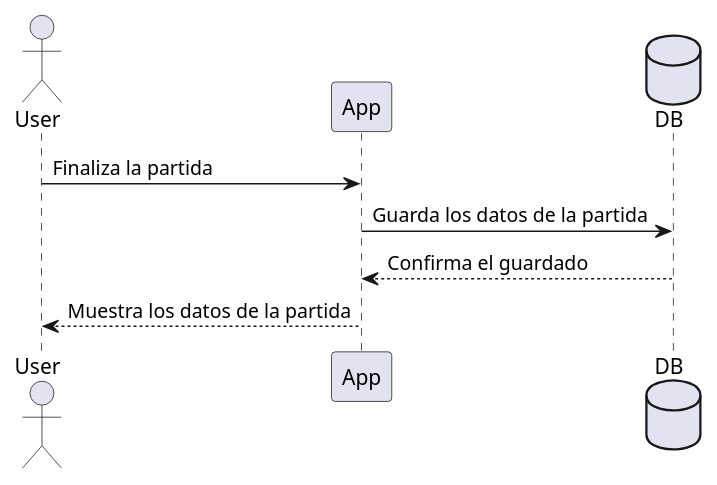
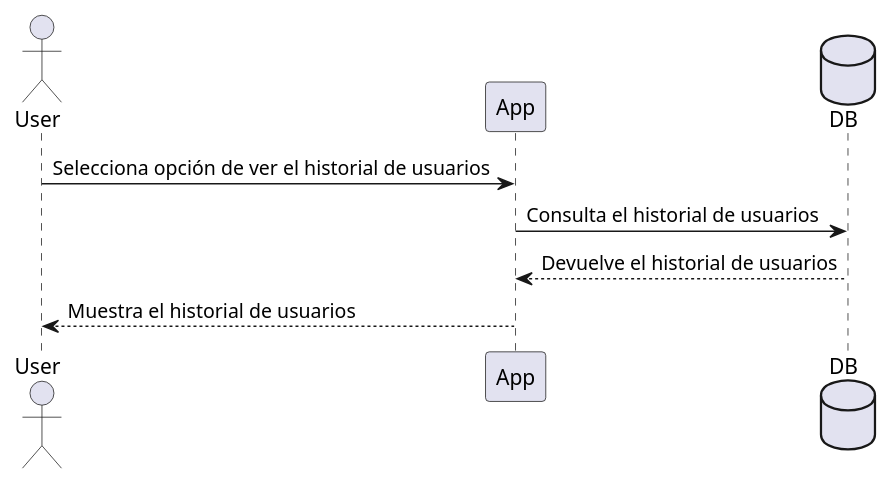
One commit to Arquisoft/wiq_es6b changed the fifth of 9 diagrams in docs/src/06_runtime_view.adoc. Above: the diagram before and after it, drawn with PlantUML. The commit also changed other lines of this file and 1 other file, not shown here.

```diff
--- a/docs/src/06_runtime_view.adoc
+++ b/docs/src/06_runtime_view.adoc
@@ -67,11 +102,11 @@
 [plantuml,"Sequence diagram",png]
 ----
 actor User
 participant App
 database DB
 
-User -> App: Finaliza la partida
-App -> DB: Guarda los datos de la partida
-App <-- DB: Confirma el guardado
-User <-- App: Muestra los datos de la partida
+User -> App: Selecciona opción de ver el historial de usuarios
+App -> DB: Consulta el historial de usuarios
+App <-- DB: Devuelve el historial de usuarios
+User <-- App: Muestra el historial de usuarios
 ----
```
